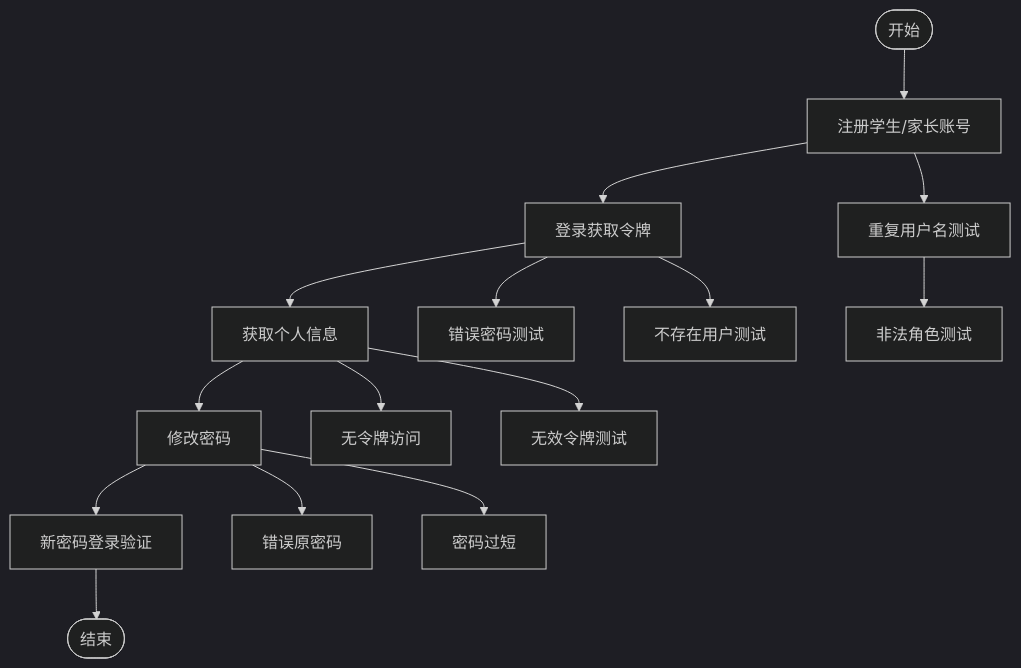
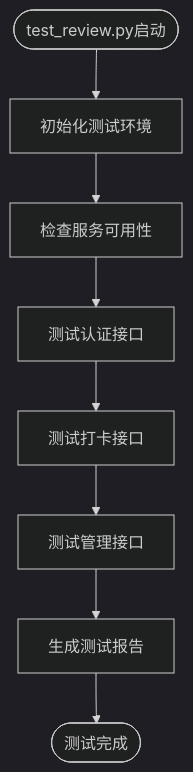
One commit to onebody/homework changed the second of 4 diagrams in .qoder/repowiki/zh/content/测试策略.md. Above: the diagram before and after it, drawn with Mermaid (dark theme). The commit also changed other lines of this file and 14 other files, not shown here.

````diff
--- a/.qoder/repowiki/zh/content/测试策略.md
+++ b/.qoder/repowiki/zh/content/测试策略.md
@@ -211,17 +73,10 @@
 ```mermaid
 flowchart TD
-Start(["开始"]) --> Register["注册学生/家长账号"]
-Register --> Login["登录获取令牌"]
-Login --> MeInfo["获取个人信息"]
-MeInfo --> ChangePwd["修改密码"]
-ChangePwd --> VerifyNewPwd["新密码登录验证"]
-VerifyNewPwd --> End(["结束"])
-Register --> DuplicateUser["重复用户名测试"]
-DuplicateUser --> InvalidRole["非法角色测试"]
-Login --> WrongPwd["错误密码测试"]
-Login --> NonexistentUser["不存在用户测试"]
-MeInfo --> NoToken["无令牌访问"]
-MeInfo --> InvalidToken["无效令牌测试"]
-ChangePwd --> WrongOldPwd["错误原密码"]
-ChangePwd --> ShortPwd["密码过短"]
+Start(["test_review.py启动"]) --> Init["初始化测试环境"]
+Init --> CheckService["检查服务可用性"]
+CheckService --> TestAuth["测试认证接口"]
+TestAuth --> TestCheckin["测试打卡接口"]
+TestCheckin --> TestAdmin["测试管理接口"]
+TestAdmin --> Report["生成测试报告"]
+Report --> End(["测试完成"])
 ```
````
